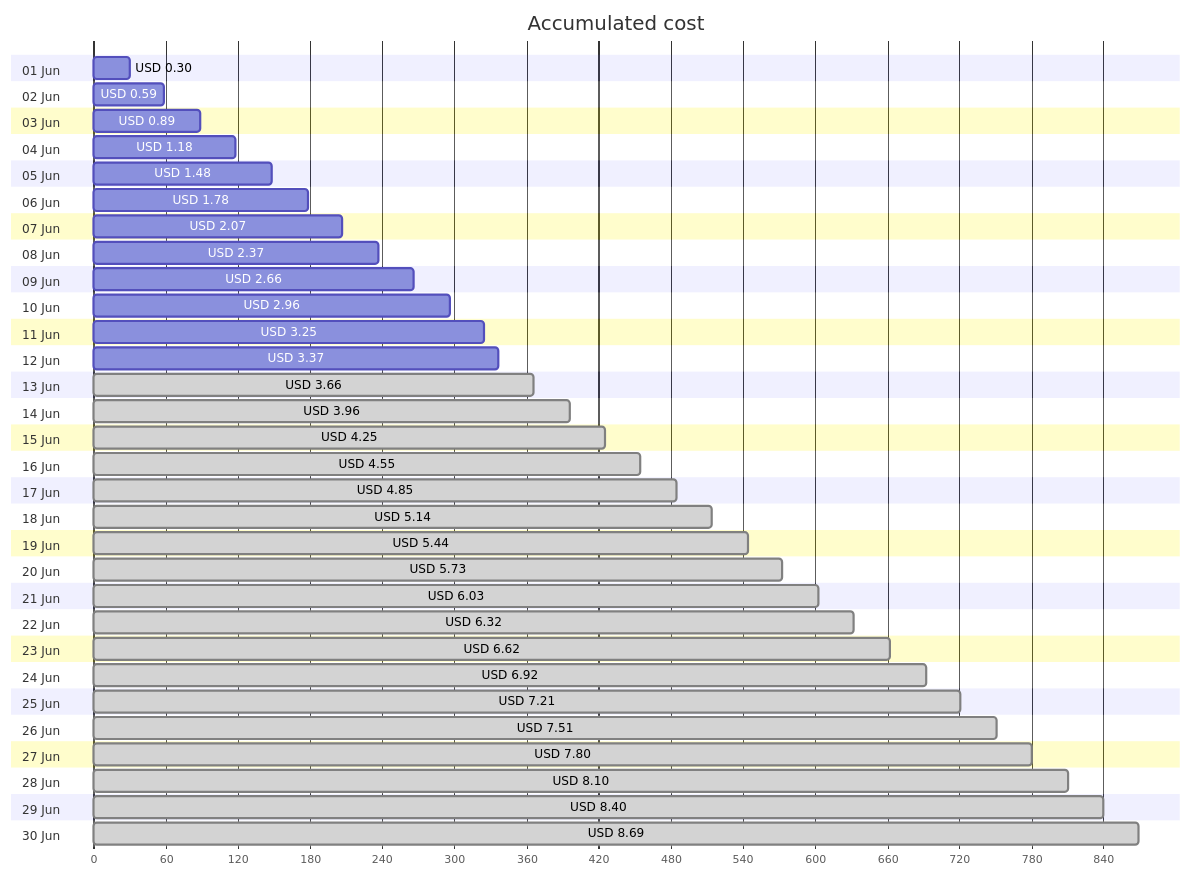
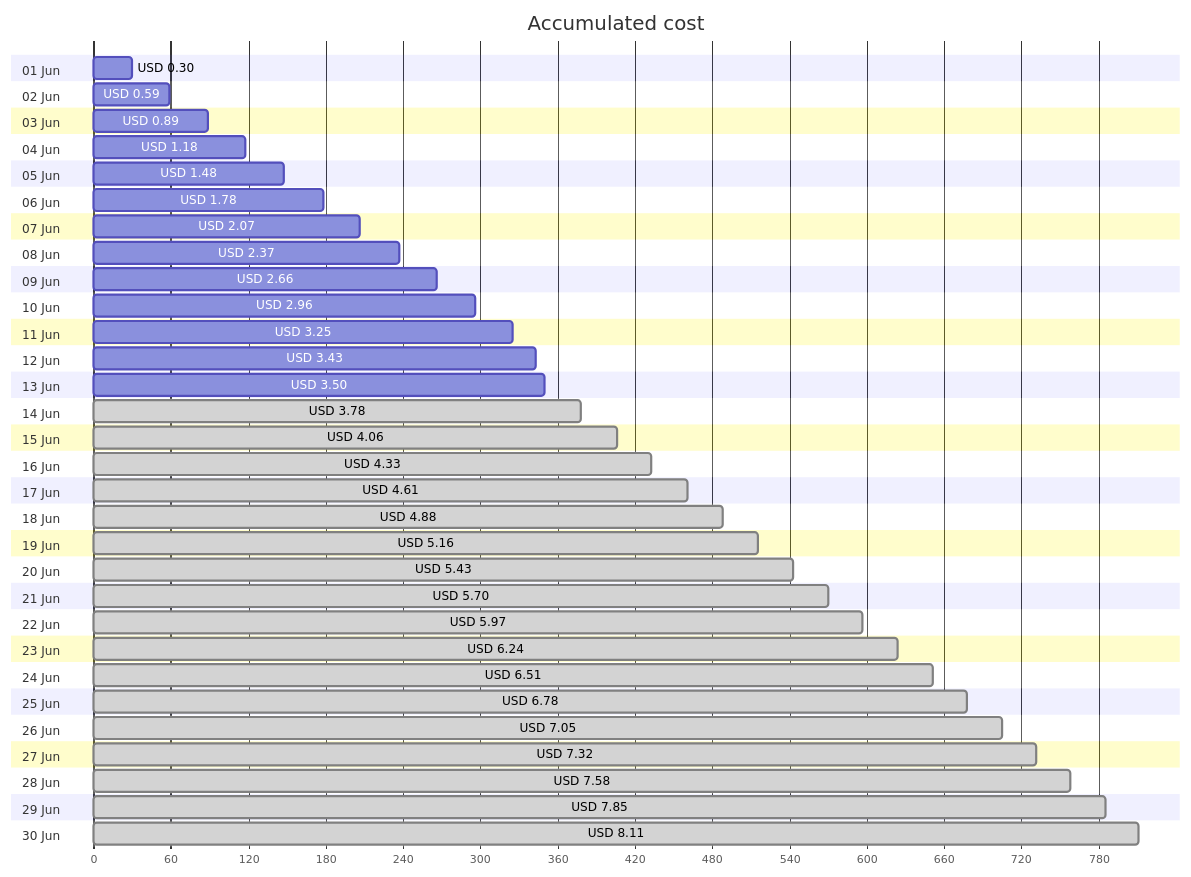
Before and after one commit to jpfulton/azure-personal-reports: the first of 4 diagrams in cost-reports/personal-site/personal-site.md, drawn with Mermaid. The commit also changed other lines of this file and 6 other files, not shown here.

````diff
--- a/cost-reports/personal-site/personal-site.md
+++ b/cost-reports/personal-site/personal-site.md
@@ -20,66 +20,66 @@
 ```mermaid
 gantt
    title Accumulated cost
    dateFormat  X
    axisFormat %s
    section 01 Jun
    USD 0.30 :0, 30
    section 02 Jun
    USD 0.59 :0, 59
    section 03 Jun
    USD 0.89 :0, 89
    section 04 Jun
    USD 1.18 :0, 118
    section 05 Jun
    USD 1.48 :0, 148
    section 06 Jun
    USD 1.78 :0, 178
    section 07 Jun
    USD 2.07 :0, 207
    section 08 Jun
    USD 2.37 :0, 237
    section 09 Jun
    USD 2.66 :0, 266
    section 10 Jun
    USD 2.96 :0, 296
    section 11 Jun
    USD 3.25 :0, 325
    section 12 Jun
-   USD 3.37 :0, 337
+   USD 3.43 :0, 343
    section 13 Jun
-   USD 3.66 : done, 0, 366
+   USD 3.50 :0, 350
    section 14 Jun
-   USD 3.96 : done, 0, 396
+   USD 3.78 : done, 0, 378
    section 15 Jun
-   USD 4.25 : done, 0, 425
+   USD 4.06 : done, 0, 406
    section 16 Jun
-   USD 4.55 : done, 0, 455
+   USD 4.33 : done, 0, 433
    section 17 Jun
-   USD 4.85 : done, 0, 485
+   USD 4.61 : done, 0, 461
    section 18 Jun
-   USD 5.14 : done, 0, 514
+   USD 4.88 : done, 0, 488
    section 19 Jun
-   USD 5.44 : done, 0, 544
+   USD 5.16 : done, 0, 516
    section 20 Jun
-   USD 5.73 : done, 0, 573
+   USD 5.43 : done, 0, 543
    section 21 Jun
-   USD 6.03 : done, 0, 603
+   USD 5.70 : done, 0, 570
    section 22 Jun
-   USD 6.32 : done, 0, 632
+   USD 5.97 : done, 0, 597
    section 23 Jun
-   USD 6.62 : done, 0, 662
+   USD 6.24 : done, 0, 624
    section 24 Jun
-   USD 6.92 : done, 0, 692
+   USD 6.51 : done, 0, 651
    section 25 Jun
-   USD 7.21 : done, 0, 721
+   USD 6.78 : done, 0, 678
    section 26 Jun
-   USD 7.51 : done, 0, 751
+   USD 7.05 : done, 0, 705
    section 27 Jun
-   USD 7.80 : done, 0, 780
+   USD 7.32 : done, 0, 732
    section 28 Jun
-   USD 8.10 : done, 0, 810
+   USD 7.58 : done, 0, 758
    section 29 Jun
-   USD 8.40 : done, 0, 840
+   USD 7.85 : done, 0, 785
    section 30 Jun
-   USD 8.69 : done, 0, 869
+   USD 8.11 : done, 0, 811
 ```
````
